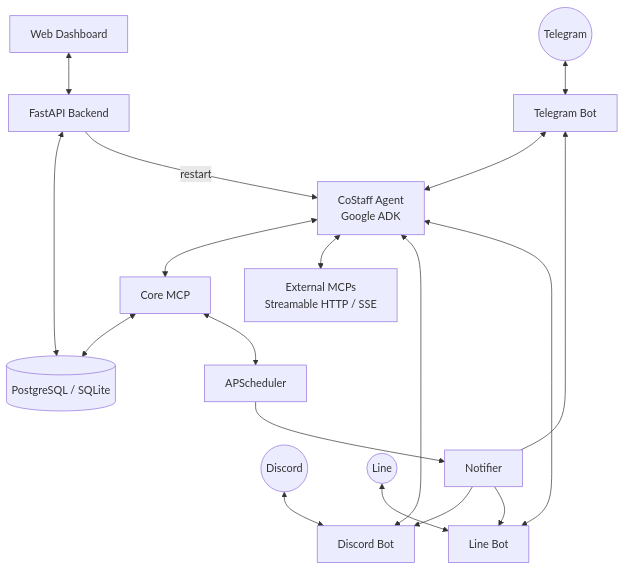
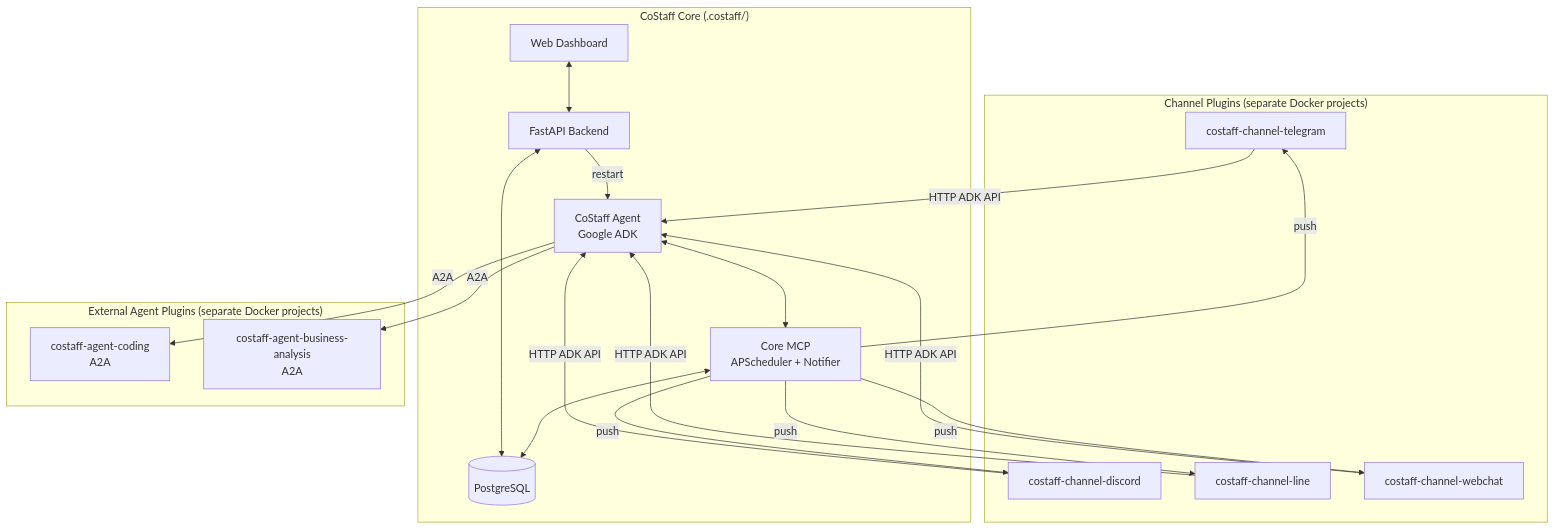
Before and after one commit to pellera9/costaff: the diagram in README.md, drawn with Mermaid. The commit also changed other lines of this file and 20 other files, not shown here.

First line of the commit message:
feat: improve UX, security, and architecture

````diff
--- a/README.md
+++ b/README.md
@@ -51,20 +53,31 @@
 ```mermaid
 graph TD
-    User_TG((Telegram)) <--> Bot_TG[Telegram Bot]
-    User_DC((Discord)) <--> Bot_DC[Discord Bot]
-    User_LN((Line)) <--> Bot_LN[Line Bot]
+    subgraph Channels ["Channel Plugins (separate Docker projects)"]
+        CH_TG[costaff-channel-telegram]
+        CH_DC[costaff-channel-discord]
+        CH_LN[costaff-channel-line]
+        CH_WEB[costaff-channel-webchat]
+    end
 
-    Bot_TG & Bot_DC & Bot_LN <--> CoStaffAgent[CoStaff Agent\nGoogle ADK]
+    subgraph Core ["CoStaff Core (.costaff/)"]
+        CoStaffAgent[CoStaff Agent\nGoogle ADK]
+        MCP_Core[Core MCP\nAPScheduler + Notifier]
+        DB[(PostgreSQL)]
+        API[FastAPI Backend]
+        Dashboard[Web Dashboard]
+    end
 
-    CoStaffAgent <--> MCP_Core[Core MCP]
-    CoStaffAgent <--> MCP_Ext[External MCPs\nStreamable HTTP / SSE]
+    subgraph Agents ["External Agent Plugins (separate Docker projects)"]
+        AG_CODE[costaff-agent-coding\nA2A]
+        AG_BA[costaff-agent-business-analysis\nA2A]
+    end
 
-    MCP_Core <--> DB[(PostgreSQL / SQLite)]
-    MCP_Core <--> Scheduler[APScheduler]
-    Scheduler --> Notifier[Notifier]
-    Notifier --> Bot_TG & Bot_DC & Bot_LN
-
-    Dashboard[Web Dashboard] <--> API[FastAPI Backend]
+    CH_TG & CH_DC & CH_LN & CH_WEB -->|HTTP ADK API| CoStaffAgent
+    CoStaffAgent <--> MCP_Core
+    CoStaffAgent -->|A2A| AG_CODE & AG_BA
+    MCP_Core <--> DB
+    MCP_Core -->|push| CH_TG & CH_DC & CH_LN & CH_WEB
+    Dashboard <--> API
     API <--> DB
     API -->|restart| CoStaffAgent
 ```
````
